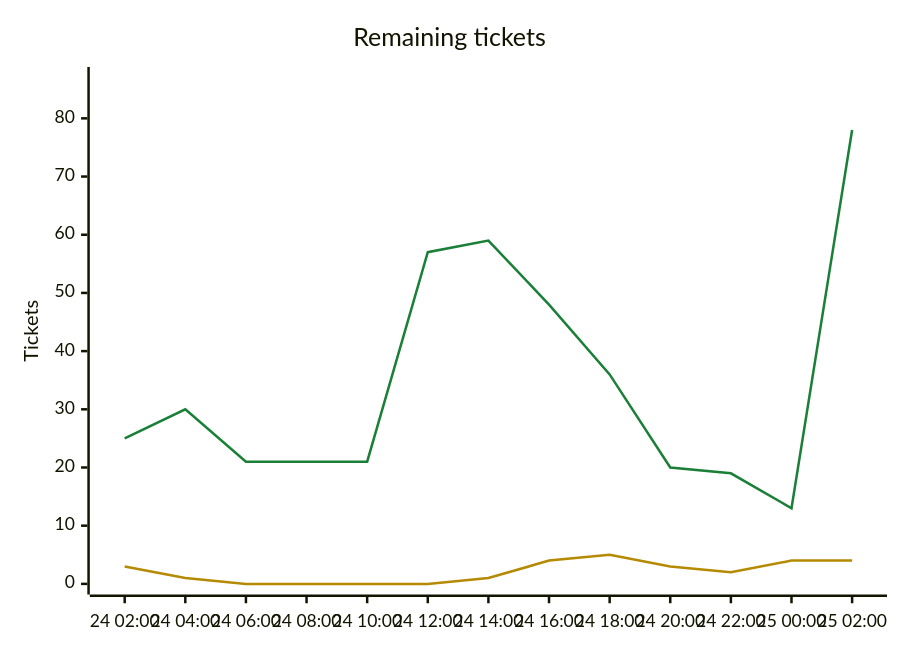
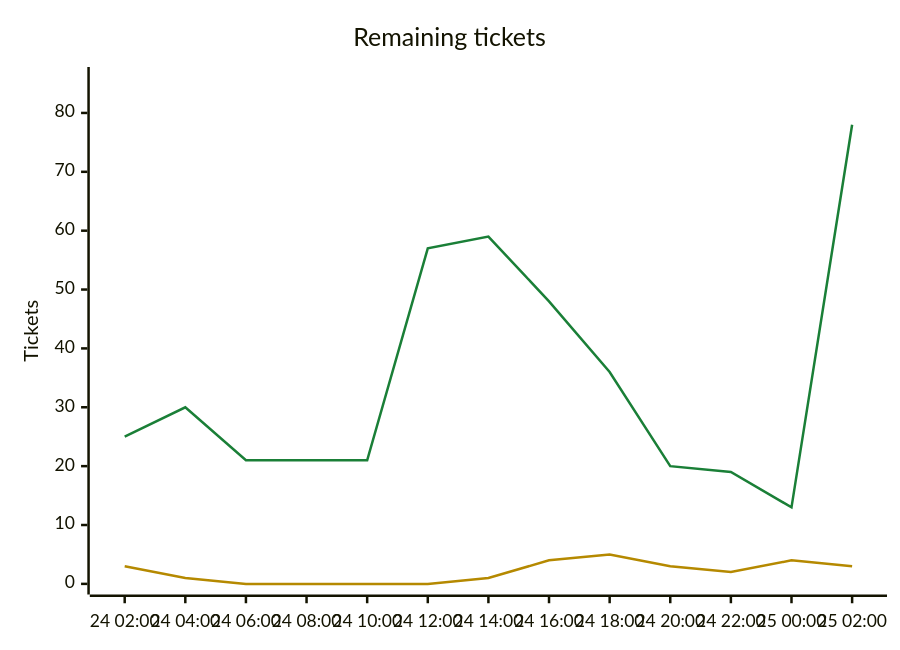
One commit to Kenmura/Unciv changed the second of 2 diagrams in csharp/migration/DEPENDENCY_MAP.md. Above: the diagram before and after it, drawn with Mermaid. The commit also changed other lines of this file and 1 other file, not shown here.

````diff
--- a/csharp/migration/DEPENDENCY_MAP.md
+++ b/csharp/migration/DEPENDENCY_MAP.md
@@ -556,9 +556,9 @@
 ```mermaid
 %%{init: {"themeVariables": {"xyChart": {"plotColorPalette": "#1a7f37, #b58900"}}}}%%
 xychart-beta
     title "Remaining tickets"
     x-axis ["24 02:00", "24 04:00", "24 06:00", "24 08:00", "24 10:00", "24 12:00", "24 14:00", "24 16:00", "24 18:00", "24 20:00", "24 22:00", "25 00:00", "25 02:00"]
-    y-axis "Tickets" 0 --> 87
+    y-axis "Tickets" 0 --> 86
     line [25, 30, 21, 21, 21, 57, 59, 48, 36, 20, 19, 13, 78]
-    line [3, 1, 0, 0, 0, 0, 1, 4, 5, 3, 2, 4, 4]
+    line [3, 1, 0, 0, 0, 0, 1, 4, 5, 3, 2, 4, 3]
 ```
````
